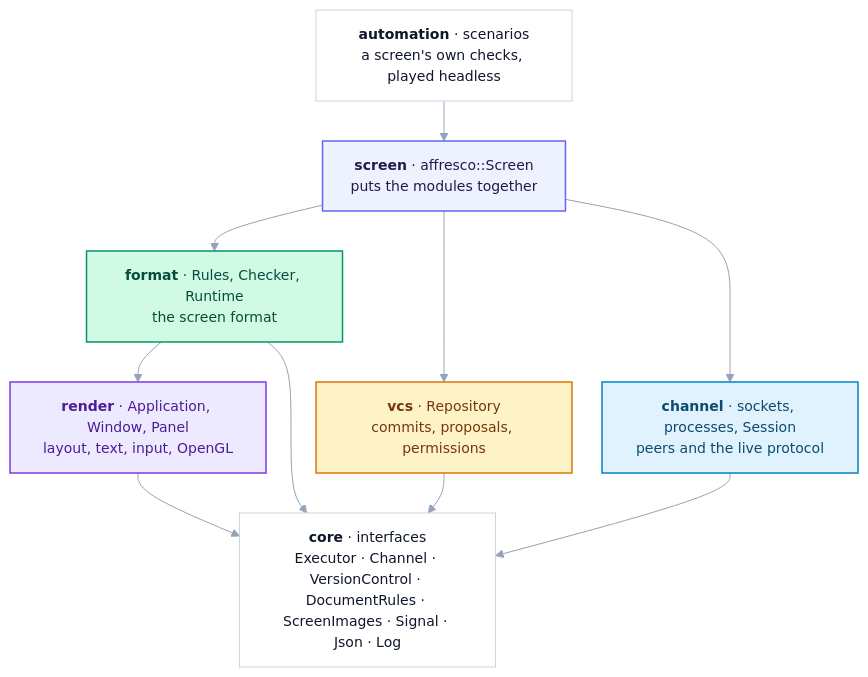
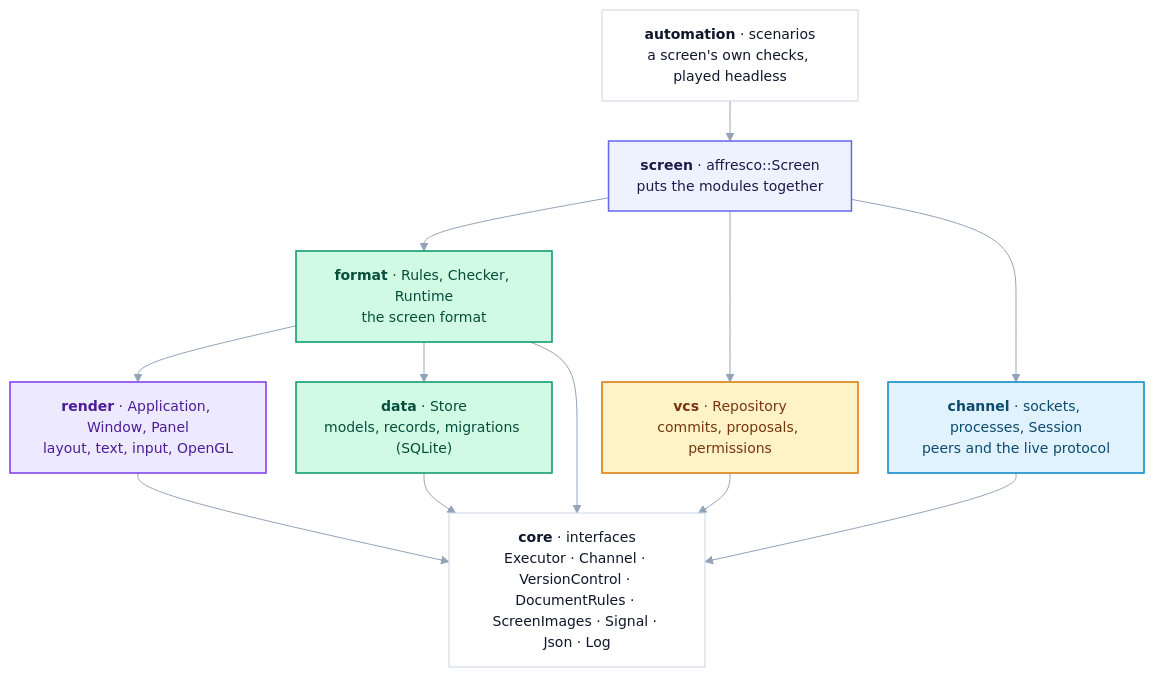
The first of 3 diagrams in ARCHITECTURE.md (RiccardoSottini/AffrescoUI), drawn with Mermaid before and after one commit. The commit also changed other lines of this file and 199 other files, not shown here.

First line of the commit message:
[data-and-customisation] Four layers with a SQLite data store, files and steps in proposals, chat attachments, Claude Code's model picker (#63)

````diff
--- a/ARCHITECTURE.md
+++ b/ARCHITECTURE.md
@@ -19,30 +19,32 @@
 ```mermaid
 %%{init: {"theme": "base", "flowchart": {"nodeSpacing": 30, "rankSpacing": 40, "padding": 14}, "themeVariables": {"fontFamily": "Helvetica, Arial, sans-serif", "fontSize": "14px", "lineColor": "#94A3B8", "primaryTextColor": "#0F172A", "edgeLabelBackground": "#FFFFFF"}}}%%
 flowchart TB
     automation["<b>automation</b> · scenarios<br/>a screen's own checks, played headless"]
     screen["<b>screen</b> · affresco::Screen<br/>puts the modules together"]
     format["<b>format</b> · Rules, Checker, Runtime<br/>the screen format"]
+    data["<b>data</b> · Store<br/>models, records, migrations (SQLite)"]
     vcs["<b>vcs</b> · Repository<br/>commits, proposals, permissions"]
     channel["<b>channel</b> · sockets, processes, Session<br/>peers and the live protocol"]
     render["<b>render</b> · Application, Window, Panel<br/>layout, text, input, OpenGL"]
     core["<b>core</b> · interfaces<br/>Executor · Channel · VersionControl · DocumentRules · ScreenImages · Signal · Json · Log"]
 
     automation --> screen
     screen --> format & vcs & channel
-    format --> render
-    format & vcs & channel & render --> core
+    format --> render & data
+    format & vcs & channel & render & data --> core
 
     classDef root fill:#EEF2FF,stroke:#6366F1,stroke-width:1.5px,color:#1E1B4B
     classDef c_channel fill:#E0F2FE,stroke:#0284C7,stroke-width:1.5px,color:#0C4A6E
     classDef c_vcs fill:#FEF3C7,stroke:#D97706,stroke-width:1.5px,color:#78350F
     classDef c_format fill:#D1FAE5,stroke:#059669,stroke-width:1.5px,color:#064E3B
     classDef c_render fill:#EDE9FE,stroke:#7C3AED,stroke-width:1.5px,color:#4C1D95
     classDef c_core fill:#FFFFFF,stroke:#CBD5E1,stroke-width:1px,color:#0F172A
     class screen root
     class automation c_core
     class channel c_channel
     class vcs c_vcs
     class format c_format
+    class data c_format
     class render c_render
     class core c_core
 ```
````
